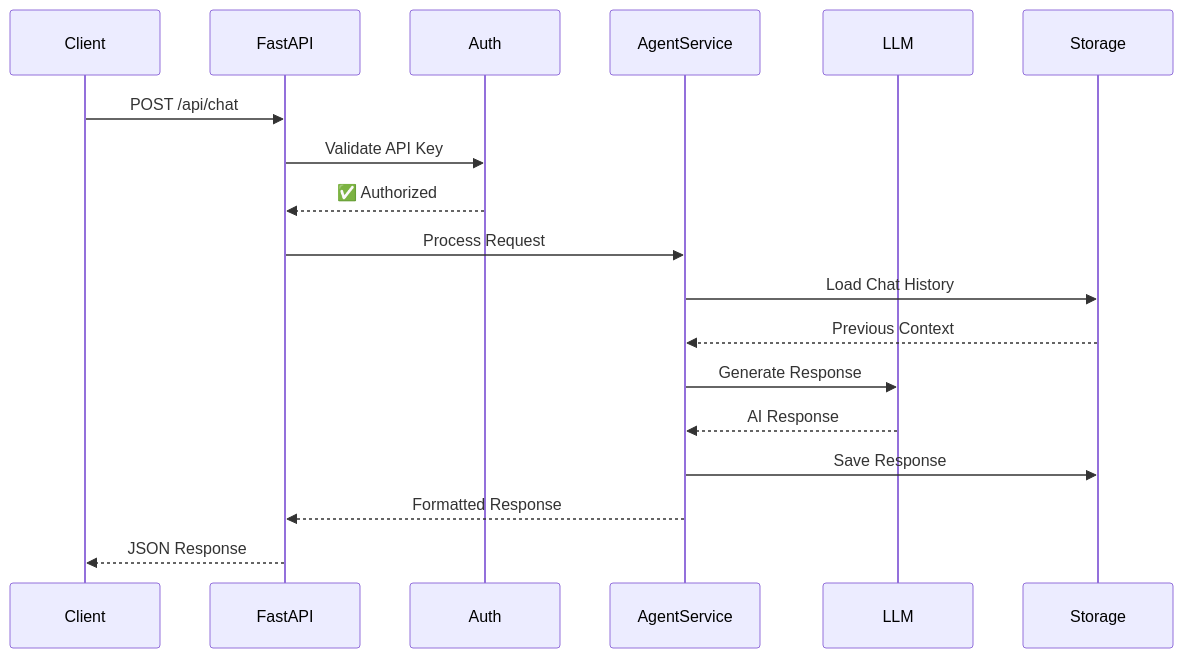
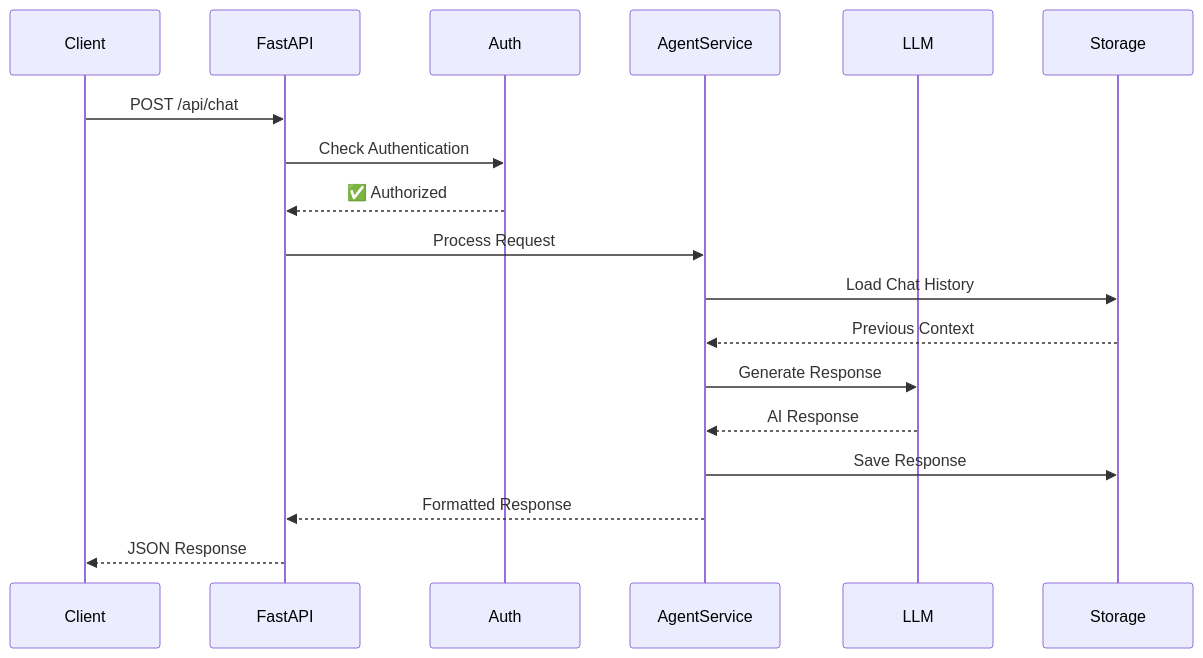
The third of 13 diagrams in docs/architecture/README.md (the-ingenious-dark-knight/Insight_Ingenious), drawn with Mermaid before and after one commit. The commit also changed other lines of this file and 3 other files, not shown here.

````diff
--- a/docs/architecture/README.md
+++ b/docs/architecture/README.md
@@ -140,21 +140,21 @@
 ```mermaid
 sequenceDiagram
     participant Client
     participant FastAPI
     participant Auth
     participant AgentService
     participant LLM
     participant Storage
 
     Client->>FastAPI: POST /api/chat
-    FastAPI->>Auth: Validate API Key
+    FastAPI->>Auth: Check Authentication
     Auth-->>FastAPI: ✅ Authorized
     FastAPI->>AgentService: Process Request
     AgentService->>Storage: Load Chat History
     Storage-->>AgentService: Previous Context
     AgentService->>LLM: Generate Response
     LLM-->>AgentService: AI Response
     AgentService->>Storage: Save Response
     AgentService-->>FastAPI: Formatted Response
     FastAPI-->>Client: JSON Response
 ```
````
